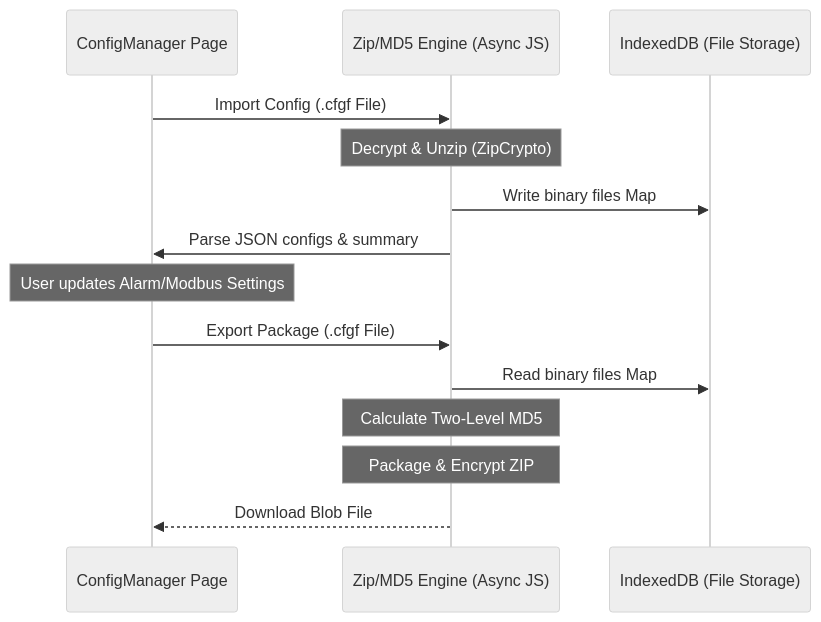
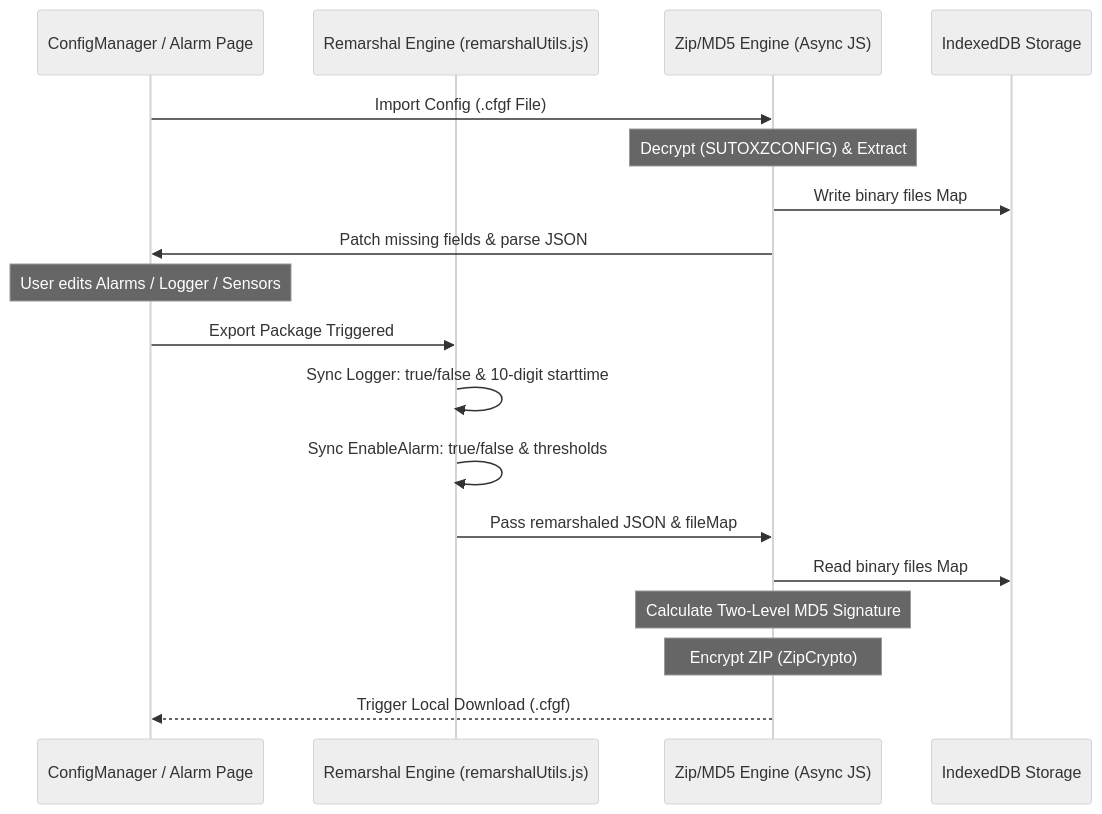
One commit to afeifly/smallNfast changed the third of 3 diagrams in s4c-web/docs/report/ddd_prd_report.md. Above: the diagram before and after it, drawn with Mermaid (neutral theme). The commit also changed other lines of this file and 22 other files, not shown here.

````diff
--- a/s4c-web/docs/report/ddd_prd_report.md
+++ b/s4c-web/docs/report/ddd_prd_report.md
@@ -154,16 +229,20 @@
 ```mermaid
 sequenceDiagram
-    participant UI as ConfigManager Page
+    participant UI as ConfigManager / Alarm Page
+    participant R as Remarshal Engine (remarshalUtils.js)
     participant JS as Zip/MD5 Engine (Async JS)
-    participant IDB as IndexedDB (File Storage)
+    participant IDB as IndexedDB Storage
     UI->>JS: Import Config (.cfgf File)
-    Note over JS: Decrypt & Unzip (ZipCrypto)
+    Note over JS: Decrypt (SUTOXZCONFIG) & Extract
     JS->>IDB: Write binary files Map
-    JS->>UI: Parse JSON configs & summary
-    Note over UI: User updates Alarm/Modbus Settings
-    UI->>JS: Export Package (.cfgf File)
+    JS->>UI: Patch missing fields & parse JSON
+    Note over UI: User edits Alarms / Logger / Sensors
+    UI->>R: Export Package Triggered
+    R->>R: Sync Logger: true/false & 10-digit starttime
+    R->>R: Sync EnableAlarm: true/false & thresholds
+    R->>JS: Pass remarshaled JSON & fileMap
     JS->>IDB: Read binary files Map
-    Note over JS: Calculate Two-Level MD5
-    Note over JS: Package & Encrypt ZIP
-    JS-->>UI: Download Blob File
+    Note over JS: Calculate Two-Level MD5 Signature
+    Note over JS: Encrypt ZIP (ZipCrypto)
+    JS-->>UI: Trigger Local Download (.cfgf)
 ```
````
